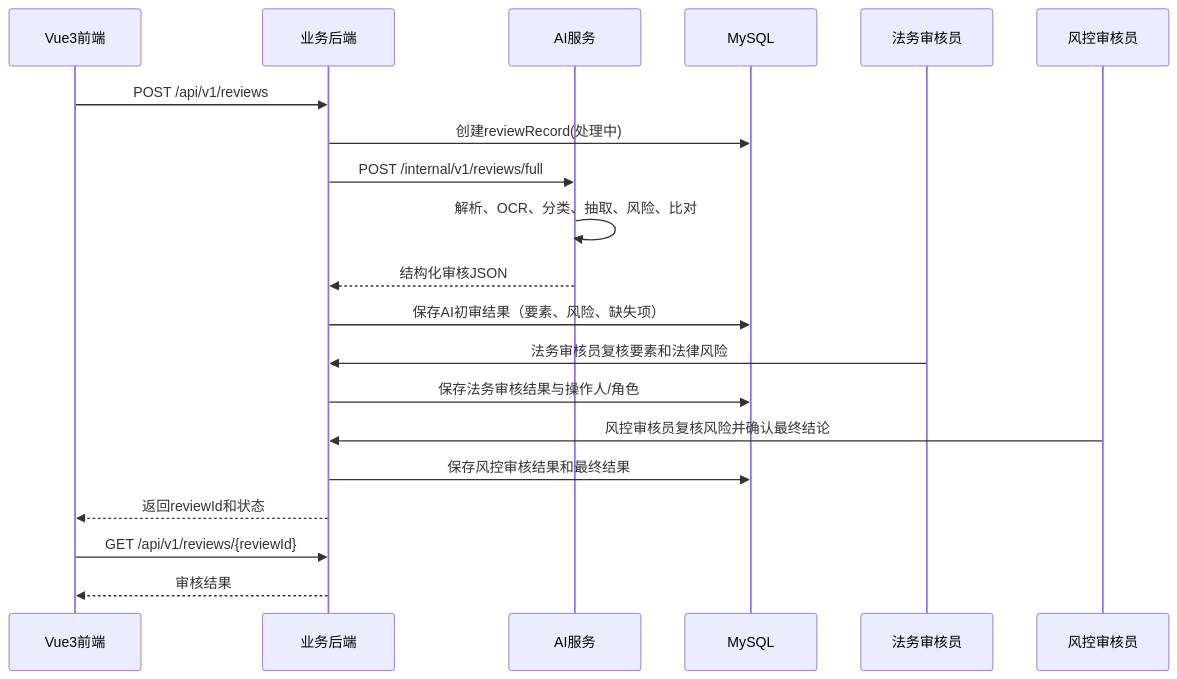
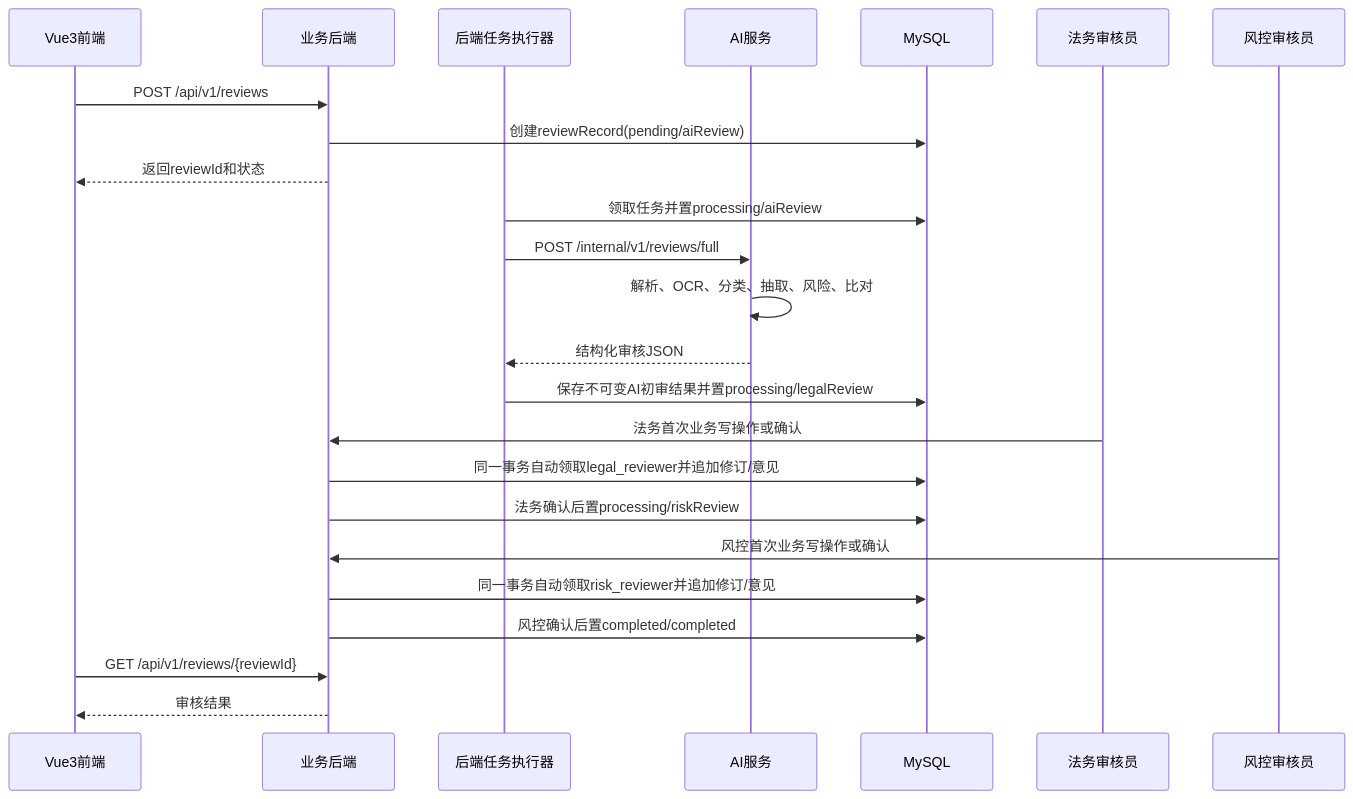
Before and after one commit to liuziwen168/A24-Contract-Audit: the third of 3 diagrams in docs/02-系统架构设计.md, drawn with Mermaid. The commit also changed other lines of this file and 14 other files, not shown here.

````diff
--- a/docs/02-系统架构设计.md
+++ b/docs/02-系统架构设计.md
@@ -84,22 +84,26 @@
 ```mermaid
 sequenceDiagram
     participant F as Vue3前端
     participant B as 业务后端
+    participant W as 后端任务执行器
     participant A as AI服务
     participant D as MySQL
     participant L as 法务审核员
     participant R as 风控审核员
     F->>B: POST /api/v1/reviews
-    B->>D: 创建reviewRecord(处理中)
-    B->>A: POST /internal/v1/reviews/full
+    B->>D: 创建reviewRecord(pending/aiReview)
+    B-->>F: 返回reviewId和状态
+    W->>D: 领取任务并置processing/aiReview
+    W->>A: POST /internal/v1/reviews/full
     A->>A: 解析、OCR、分类、抽取、风险、比对
-    A-->>B: 结构化审核JSON
-    B->>D: 保存AI初审结果（要素、风险、缺失项）
-    L->>B: 法务审核员复核要素和法律风险
-    B->>D: 保存法务审核结果与操作人/角色
-    R->>B: 风控审核员复核风险并确认最终结论
-    B->>D: 保存风控审核结果和最终结果
-    B-->>F: 返回reviewId和状态
+    A-->>W: 结构化审核JSON
+    W->>D: 保存不可变AI初审结果并置processing/legalReview
+    L->>B: 法务首次业务写操作或确认
+    B->>D: 同一事务自动领取legal_reviewer并追加修订/意见
+    B->>D: 法务确认后置processing/riskReview
+    R->>B: 风控首次业务写操作或确认
+    B->>D: 同一事务自动领取risk_reviewer并追加修订/意见
+    B->>D: 风控确认后置completed/completed
     F->>B: GET /api/v1/reviews/{reviewId}
     B-->>F: 审核结果
 ```
````
